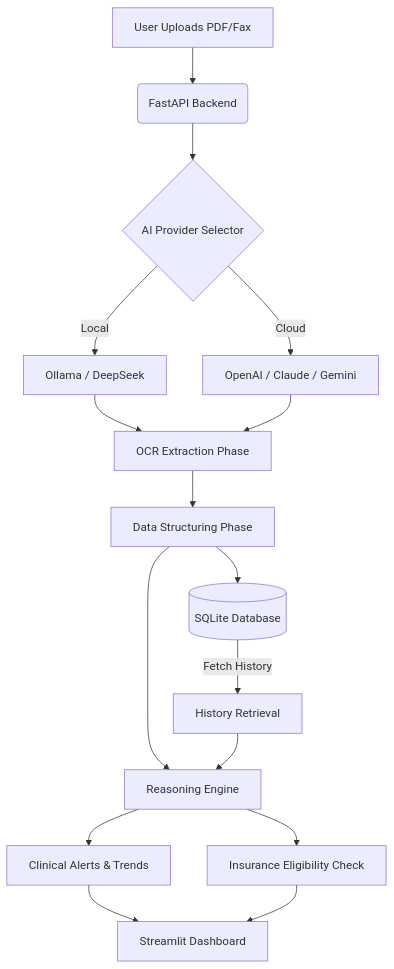
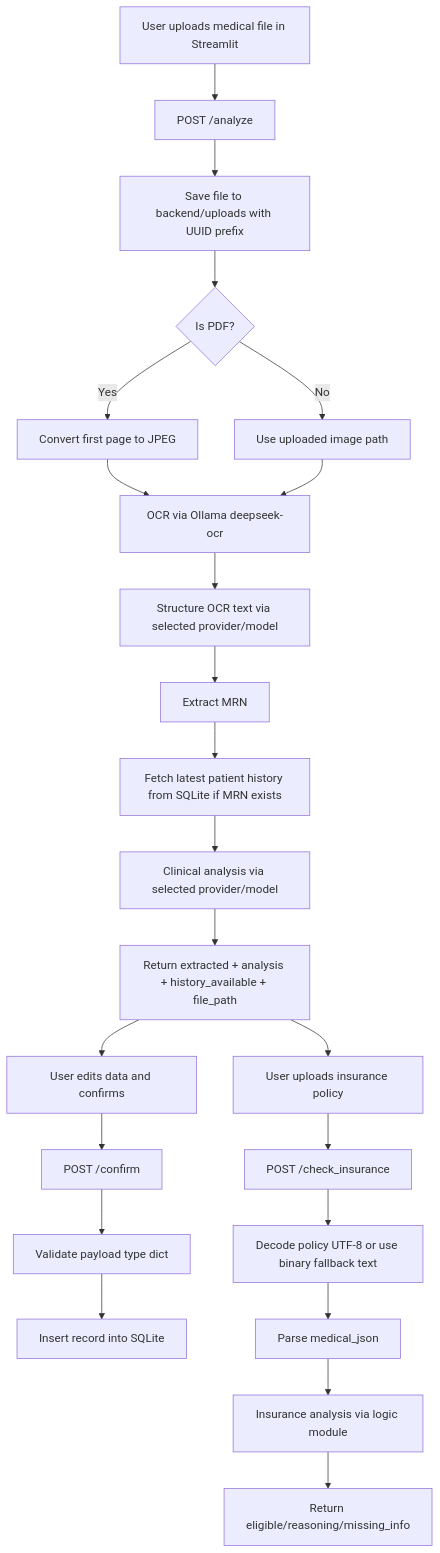
The second of 2 diagrams in README.md (pypi-ahmad/Clinical-Decision-Support-System), drawn with Mermaid before and after one commit. The commit also changed other lines of this file and 18 other files, not shown here.

````diff
--- a/README.md
+++ b/README.md
@@ -40,19 +86,27 @@
 ```mermaid
-graph TD
-    A[User Uploads PDF/Fax] --> B(FastAPI Backend)
-    B --> C{AI Provider Selector}
-    C -->|Local| D[Ollama / DeepSeek]
-    C -->|Cloud| E[OpenAI / Claude / Gemini]
-    
-    D & E --> F[OCR Extraction Phase]
-    F --> G[Data Structuring Phase]
-    
-    G --> H[(SQLite Database)]
-    H -->|Fetch History| I[History Retrieval]
-    
-    G & I --> J[Reasoning Engine]
-    J --> K[Clinical Alerts & Trends]
-    J --> L[Insurance Eligibility Check]
-    
-    K & L --> M[Streamlit Dashboard]
+flowchart TD
+    A[User uploads medical file in Streamlit] --> B[POST /analyze]
+    B --> C[Save file to backend/uploads with UUID prefix]
+    C --> D{Is PDF?}
+    D -->|Yes| E[Convert first page to JPEG]
+    D -->|No| F[Use uploaded image path]
+    E --> G[OCR via Ollama deepseek-ocr]
+    F --> G
+    G --> H[Structure OCR text via selected provider/model]
+    H --> I[Extract MRN]
+    I --> J[Fetch latest patient history from SQLite if MRN exists]
+    J --> K[Clinical analysis via selected provider/model]
+    K --> L[Return extracted + analysis + history_available + file_path]
+
+    L --> M[User edits data and confirms]
+    M --> N[POST /confirm]
+    N --> O[Validate payload type dict]
+    O --> P[Insert record into SQLite]
+
+    L --> Q[User uploads insurance policy]
+    Q --> R[POST /check_insurance]
+    R --> S[Decode policy UTF-8 or use binary fallback text]
+    S --> T[Parse medical_json]
+    T --> U[Insurance analysis via logic module]
+    U --> V[Return eligible/reasoning/missing_info]
 ```
````
